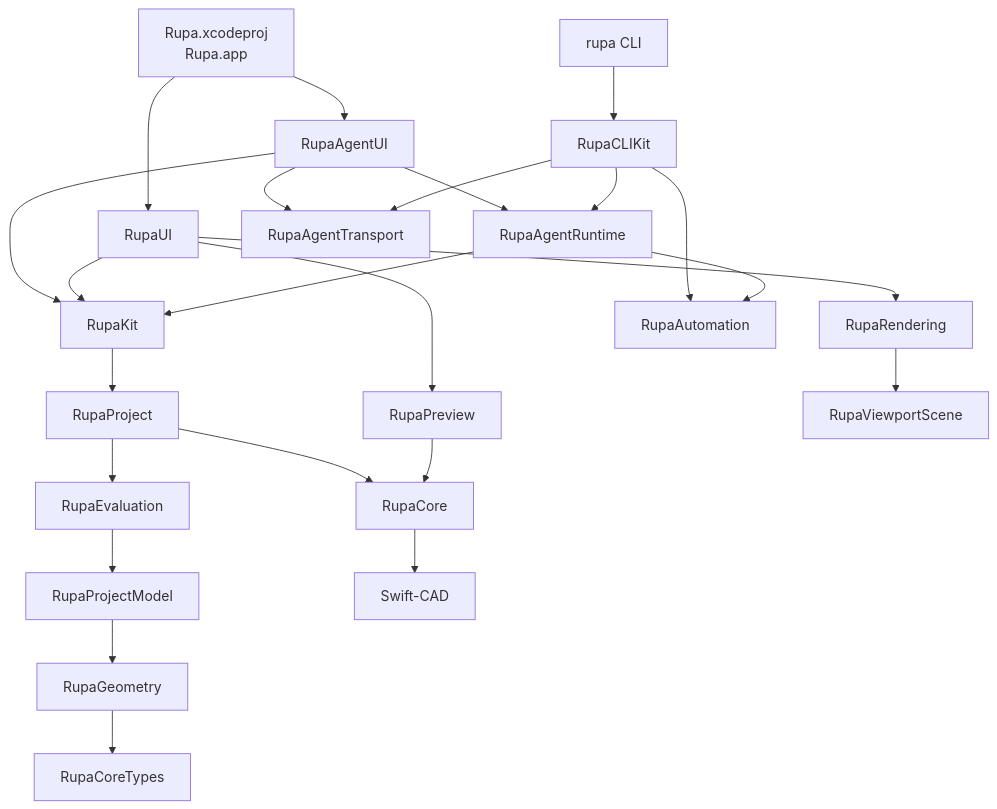
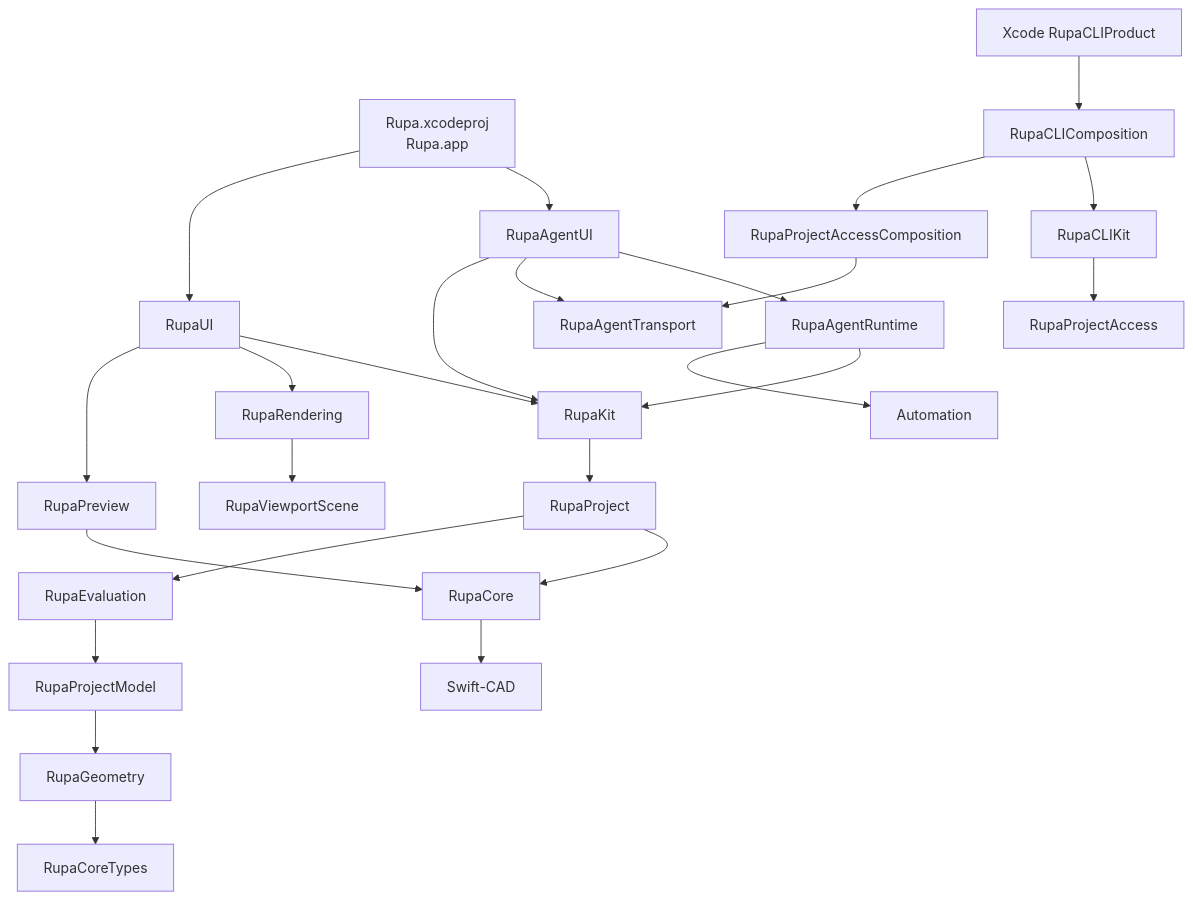
One commit to 1amageek/Rupa changed the first of 26 diagrams in Rupa/SPEC.md. Above: the diagram before and after it, drawn with Mermaid. The commit also changed other lines of this file and 133 other files, not shown here.

Commit message:
Route external access through the Rupa API

````diff
--- a/Rupa/SPEC.md
+++ b/Rupa/SPEC.md
@@ -56,26 +56,27 @@
 ```mermaid
 flowchart TD
     App["Rupa.xcodeproj<br/>Rupa.app"] --> AgentUI["RupaAgentUI"]
     App --> UI["RupaUI"]
     AgentUI --> Runtime["RupaAgentRuntime"]
     AgentUI --> Transport["RupaAgentTransport"]
     AgentUI --> Kit["RupaKit"]
     UI --> Kit
     UI --> Rendering["RupaRendering"]
     UI --> Preview["RupaPreview"]
-    CLI["rupa CLI"] --> CLIKit["RupaCLIKit"]
-    CLIKit --> Runtime
-    CLIKit --> Transport
-    CLIKit --> Automation["RupaAutomation"]
+    CLIProduct["Xcode RupaCLIProduct"] --> CLIComposition["RupaCLIComposition"]
+    CLIComposition --> CLIKit["RupaCLIKit"]
+    CLIComposition --> AccessComposition["RupaProjectAccessComposition"]
+    CLIKit --> Access["RupaProjectAccess"]
+    AccessComposition --> Transport
     Runtime --> Kit
     Runtime --> Automation
     Kit --> Project["RupaProject"]
     Project --> Core["RupaCore"]
     Project --> Evaluation["RupaEvaluation"]
     Rendering --> ViewportScene["RupaViewportScene"]
     Preview --> Core
     Evaluation --> ProjectModel["RupaProjectModel"]
     ProjectModel --> Geometry["RupaGeometry"]
     Geometry --> CoreTypes["RupaCoreTypes"]
     Core --> SwiftCAD["Swift-CAD"]
 ```
````
